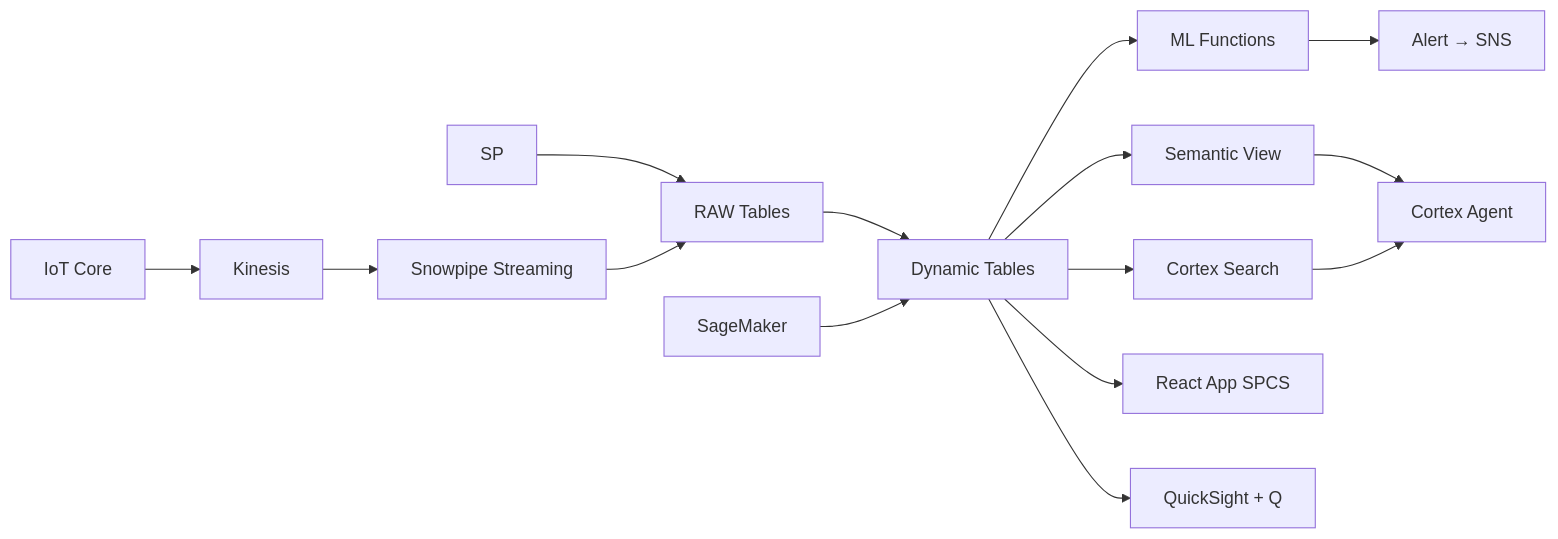
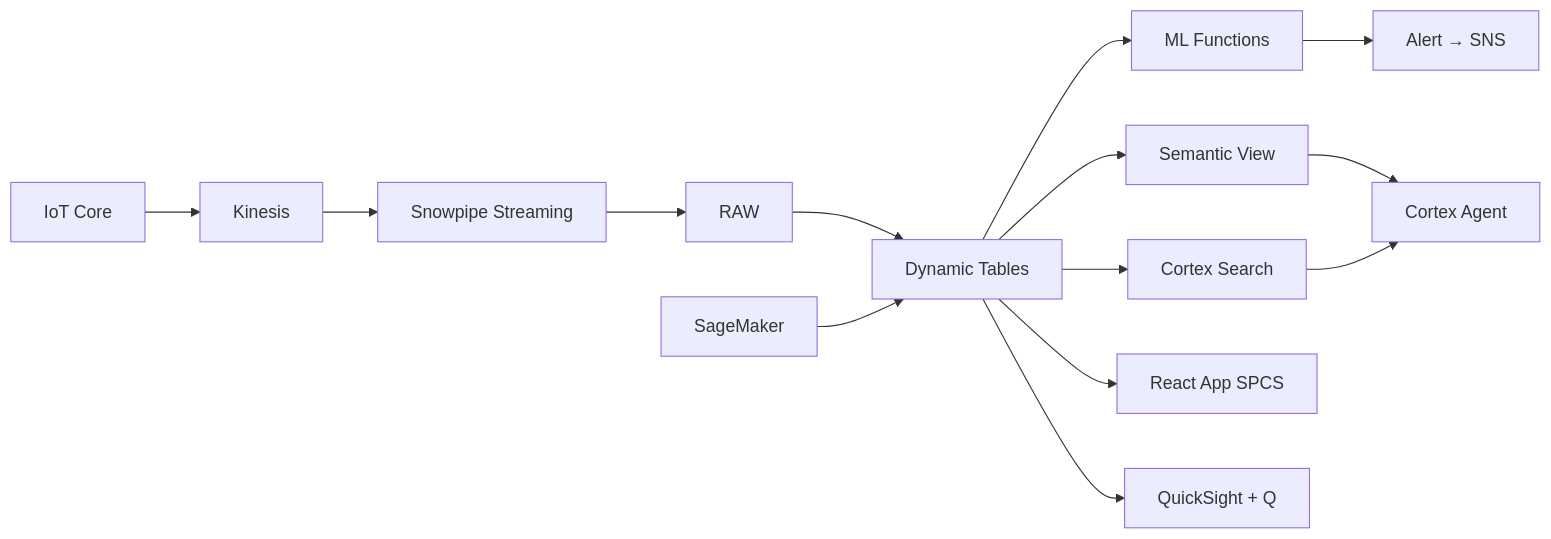
Before and after one commit to sfc-gh-jasvestis/aws-thailand-automotive-assembly-twin: the diagram in README.md, drawn with Mermaid. The commit also changed 7 other files, not shown here.

Commit message:
Fix: add all source files, .gitignore, fix Mermaid diagram

````diff
--- a/README.md
+++ b/README.md
@@ -9,17 +9,16 @@
 ```mermaid
 flowchart LR
     IOT[IoT Core] --> KIN[Kinesis]
     KIN --> SPS[Snowpipe Streaming]
-    SP --> RAW[RAW Tables]
     SPS --> RAW
     RAW --> DT[Dynamic Tables]
     DT --> ML[ML Functions]
     DT --> SEARCH[Cortex Search]
     DT --> SV[Semantic View]
     SV --> AGENT[Cortex Agent]
     SEARCH --> AGENT
     DT --> APP[React App SPCS]
     SM[SageMaker] --> DT
     DT --> QS[QuickSight + Q]
     ML --> ALERT[Alert → SNS]
 ```
````
